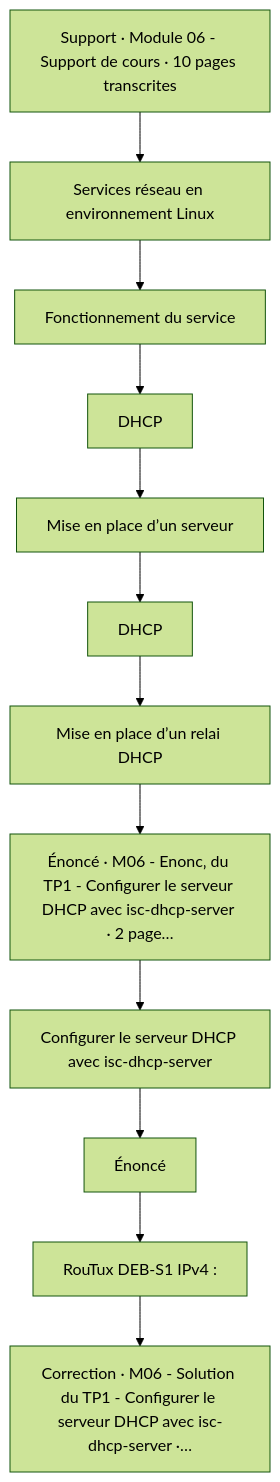
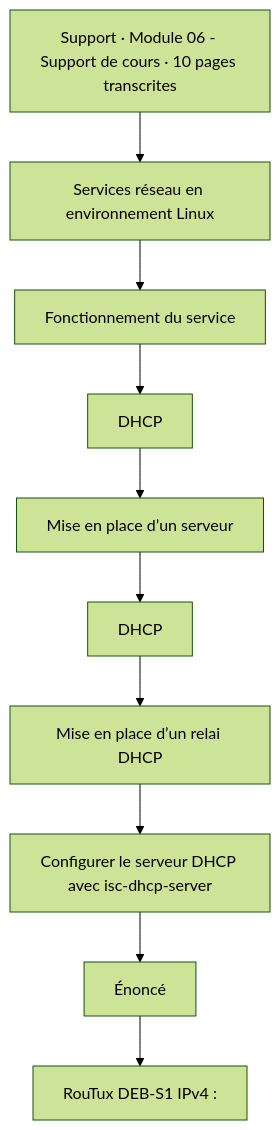
Before and after one commit to sk34pk25/tssr-cours: the first of 5 diagrams in docs/modules/15-services-reseau-en-environnement-linux/module-06-dhcp.md, drawn with Mermaid (forest theme). The commit also changed other lines of this file and 108 other files, not shown here.

````diff
--- a/docs/modules/15-services-reseau-en-environnement-linux/module-06-dhcp.md
+++ b/docs/modules/15-services-reseau-en-environnement-linux/module-06-dhcp.md
@@ -25,26 +25,22 @@
 ```mermaid
 flowchart TD
     N1["Support · Module 06 - Support de cours · 10 pages transcrites"]
     N2["Services réseau en environnement Linux"]
     N3["Fonctionnement du service"]
     N4["DHCP"]
     N5["Mise en place d’un serveur"]
     N6["DHCP"]
     N7["Mise en place d’un relai DHCP"]
-    N8["Énoncé · M06 - Enonc‚ du TP1 - Configurer le serveur DHCP avec isc-dhcp-server · 2 page…"]
     N9["Configurer le serveur DHCP avec isc-dhcp-server"]
     N10["Énoncé"]
     N11["RouTux DEB-S1 IPv4 :"]
-    N12["Correction · M06 - Solution du TP1 - Configurer le serveur DHCP avec isc-dhcp-server ·…"]
     N1 --> N2
     N2 --> N3
     N3 --> N4
     N4 --> N5
     N5 --> N6
     N6 --> N7
-    N7 --> N8
-    N8 --> N9
+    N7 --> N9
     N9 --> N10
     N10 --> N11
-    N11 --> N12
 ```
````
